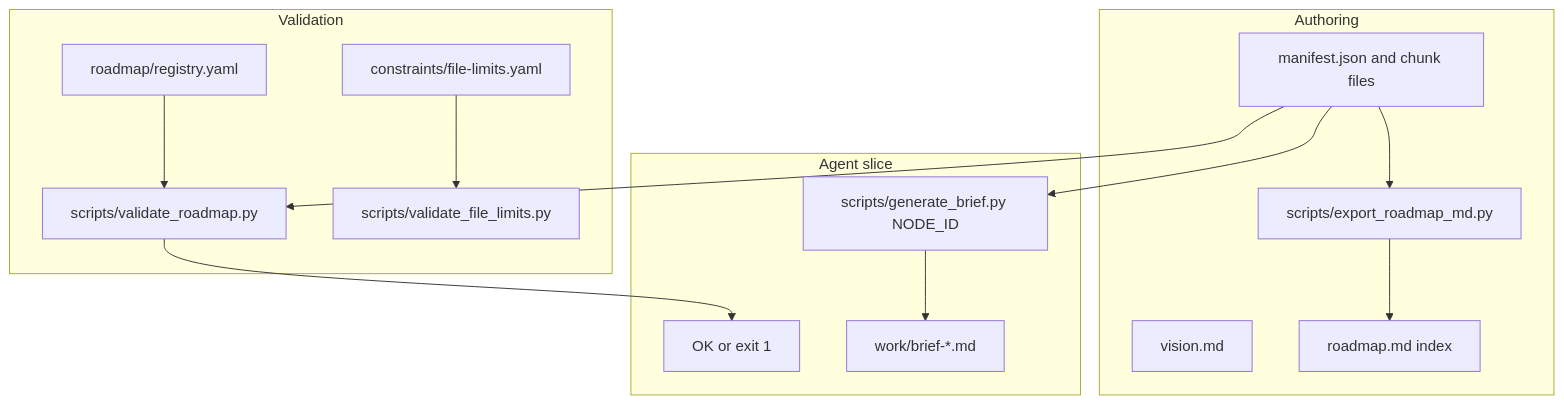
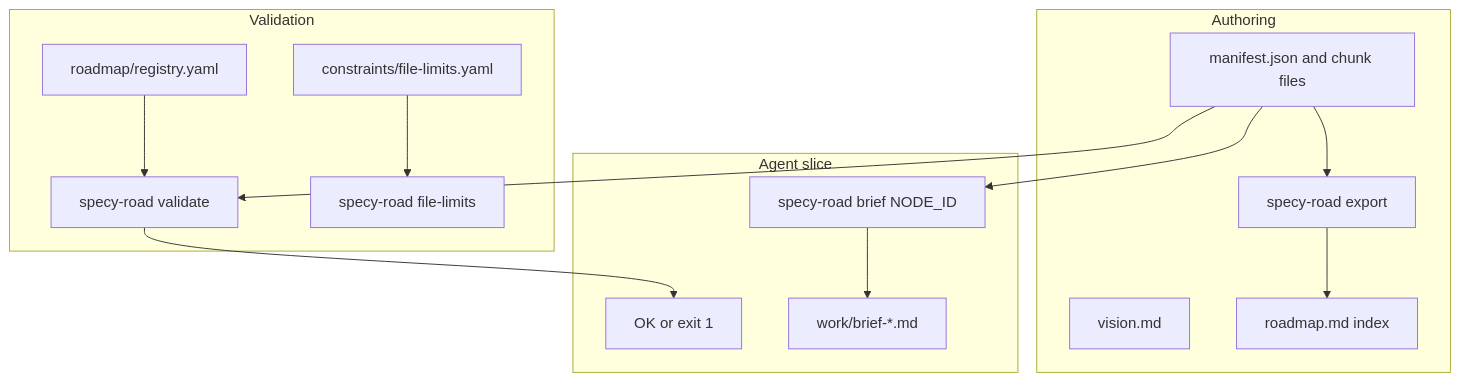
One commit to shanevigil/specy-road changed the diagram in docs/architecture.md. Above: the diagram before and after it, drawn with Mermaid. The commit also changed other lines of this file and 139 other files, not shown here.

````diff
--- a/docs/architecture.md
+++ b/docs/architecture.md
@@ -9,20 +9,20 @@
 ```mermaid
 flowchart TD
   subgraph author [Authoring]
     Y[manifest.json and chunk files]
     V[vision.md]
-    Y --> E[scripts/export_roadmap_md.py]
+    Y --> E[specy-road export]
     E --> I[roadmap.md index]
   end
   subgraph validate [Validation]
-    Y --> VR[scripts/validate_roadmap.py]
+    Y --> VR[specy-road validate]
     R[roadmap/registry.yaml] --> VR
-    FL[constraints/file-limits.yaml] --> VF[scripts/validate_file_limits.py]
+    FL[constraints/file-limits.yaml] --> VF[specy-road file-limits]
   end
   subgraph agent [Agent slice]
     VR --> OK[OK or exit 1]
-    GB[scripts/generate_brief.py NODE_ID]
+    GB[specy-road brief NODE_ID]
     Y --> GB
     GB --> B[work/brief-*.md]
   end
 ```
````
